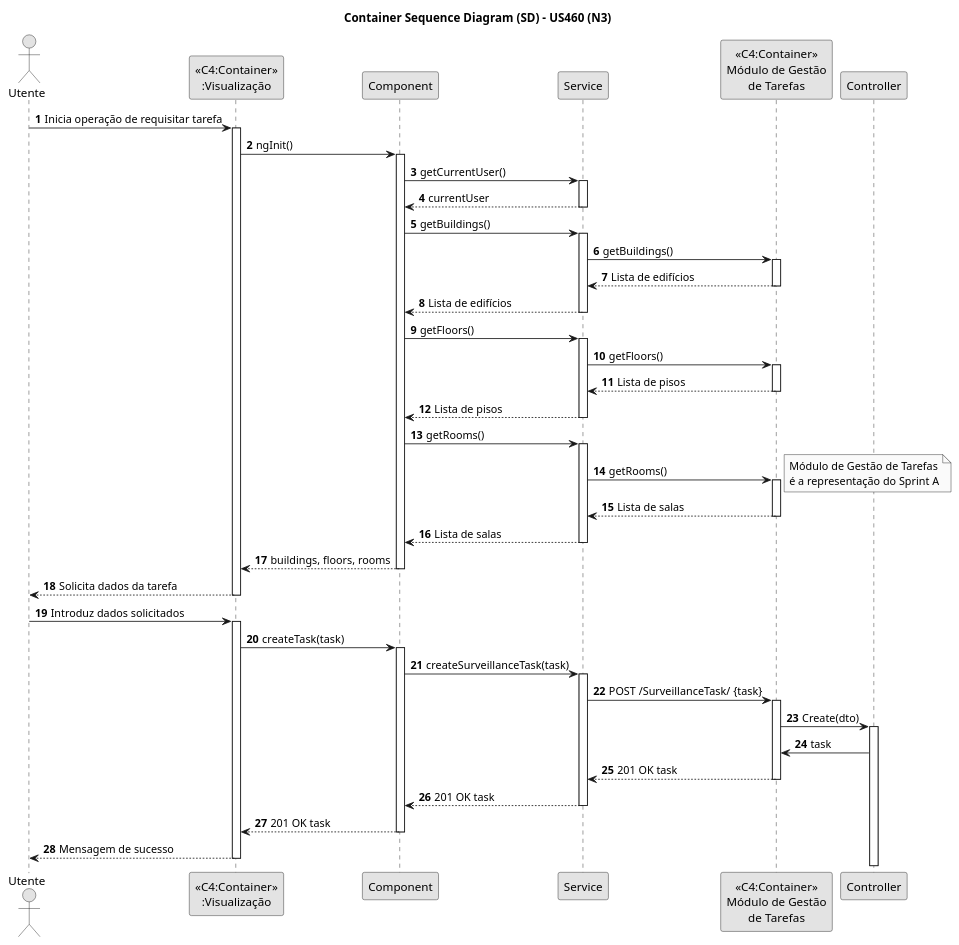
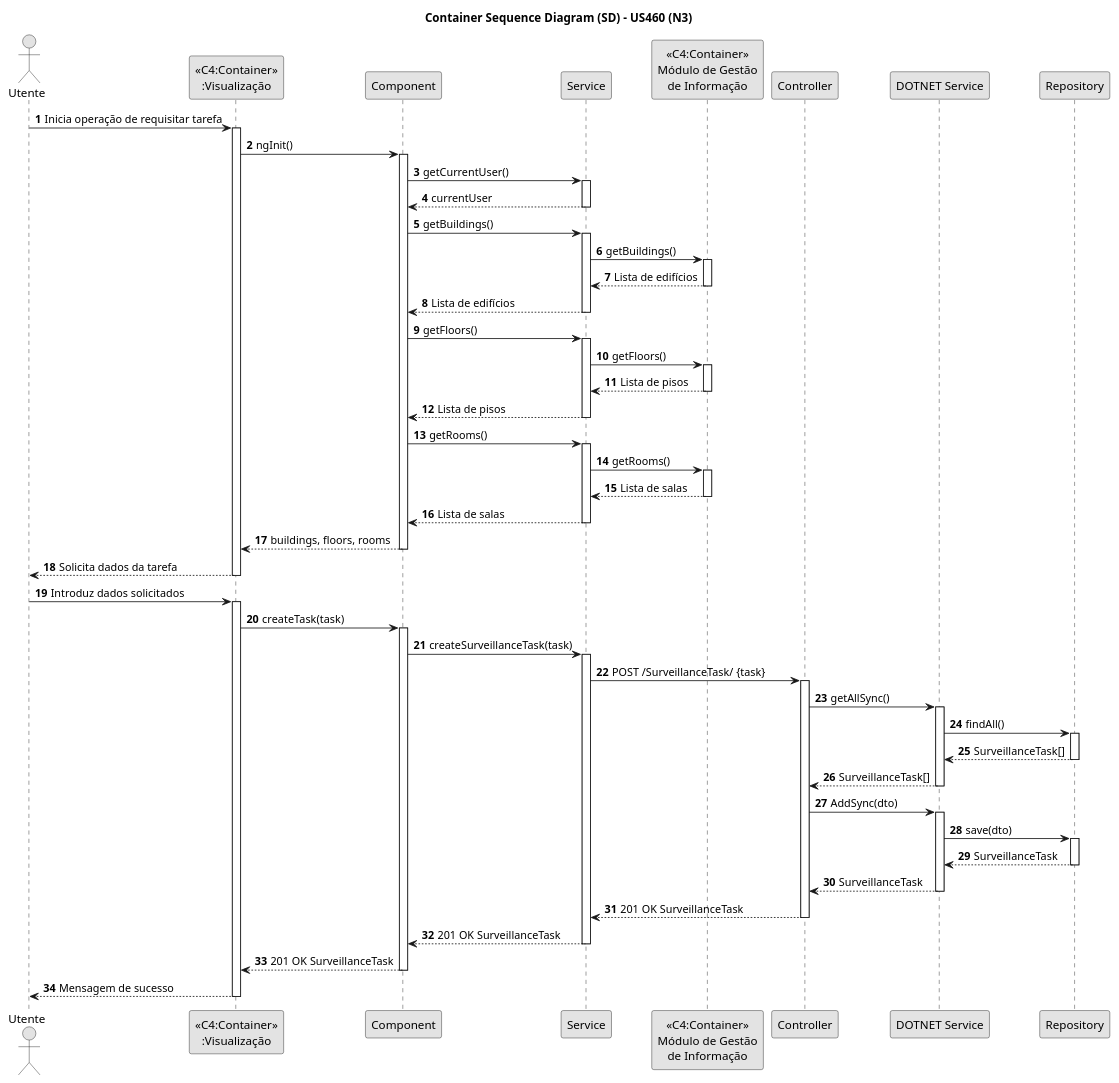
Before and after one commit to pedrocmesquita/RobDroneGo: the diagram in docs/SprintC/us460/SD-N3-US460.puml, drawn with PlantUML.

Commit message:
SEM5-67 | Level 3 View Update

```diff
--- a/docs/SprintC/us460/SD-N3-US460.puml
+++ b/docs/SprintC/us460/SD-N3-US460.puml
@@ -1,74 +1,87 @@
 @startuml
 skinparam monochrome true
 skinparam packageStyle rectangle
 skinparam shadowing false
 
 title Container Sequence Diagram (SD) - US460 (N3)
 
 autonumber
 
 actor "Utente"
 
 "Utente" -> "<<C4:Container>>\n:Visualização": Inicia operação de requisitar tarefa
 activate "<<C4:Container>>\n:Visualização"
 "<<C4:Container>>\n:Visualização" -> Component: ngInit()
 activate Component
 Component -> Service: getCurrentUser()
 activate Service
 Service --> Component : currentUser
 deactivate Service
 Component -> Service: getBuildings()
 activate Service
-Service -> "<<C4:Container>>\nMódulo de Gestão\nde Tarefas" : getBuildings()
-activate "<<C4:Container>>\nMódulo de Gestão\nde Tarefas"
-"<<C4:Container>>\nMódulo de Gestão\nde Tarefas" --> Service : Lista de edifícios
-deactivate "<<C4:Container>>\nMódulo de Gestão\nde Tarefas"
+Service -> "<<C4:Container>>\nMódulo de Gestão\nde Informação" : getBuildings()
+activate "<<C4:Container>>\nMódulo de Gestão\nde Informação"
+"<<C4:Container>>\nMódulo de Gestão\nde Informação" --> Service : Lista de edifícios
+deactivate "<<C4:Container>>\nMódulo de Gestão\nde Informação"
 Service --> Component : Lista de edifícios
 deactivate Service
 Component -> Service : getFloors()
 activate Service
-Service -> "<<C4:Container>>\nMódulo de Gestão\nde Tarefas" : getFloors()
-activate "<<C4:Container>>\nMódulo de Gestão\nde Tarefas"
-"<<C4:Container>>\nMódulo de Gestão\nde Tarefas" --> Service : Lista de pisos
-deactivate "<<C4:Container>>\nMódulo de Gestão\nde Tarefas"
+Service -> "<<C4:Container>>\nMódulo de Gestão\nde Informação" : getFloors()
+activate "<<C4:Container>>\nMódulo de Gestão\nde Informação"
+"<<C4:Container>>\nMódulo de Gestão\nde Informação" --> Service : Lista de pisos
+deactivate "<<C4:Container>>\nMódulo de Gestão\nde Informação"
 Service --> Component : Lista de pisos
 deactivate Service
 Component -> Service : getRooms()
 activate Service
 
-Service -> "<<C4:Container>>\nMódulo de Gestão\nde Tarefas" : getRooms()
-activate "<<C4:Container>>\nMódulo de Gestão\nde Tarefas"
+Service -> "<<C4:Container>>\nMódulo de Gestão\nde Informação" : getRooms()
+activate "<<C4:Container>>\nMódulo de Gestão\nde Informação"
 
-note right: Módulo de Gestão de Tarefas\né a representação do Sprint A
-"<<C4:Container>>\nMódulo de Gestão\nde Tarefas" --> Service: Lista de salas
-deactivate "<<C4:Container>>\nMódulo de Gestão\nde Tarefas"
+"<<C4:Container>>\nMódulo de Gestão\nde Informação" --> Service: Lista de salas
+deactivate "<<C4:Container>>\nMódulo de Gestão\nde Informação"
 Service --> Component: Lista de salas
 deactivate Service
 Component --> "<<C4:Container>>\n:Visualização" : buildings, floors, rooms
 deactivate Component
 
 "<<C4:Container>>\n:Visualização" --> "Utente": Solicita dados da tarefa
 deactivate "<<C4:Container>>\n:Visualização"
 
 "Utente" -> "<<C4:Container>>\n:Visualização": Introduz dados solicitados
 activate "<<C4:Container>>\n:Visualização"
 "<<C4:Container>>\n:Visualização" -> Component : createTask(task)
 activate Component
 Component -> Service : createSurveillanceTask(task)
 activate Service
-Service -> "<<C4:Container>>\nMódulo de Gestão\nde Tarefas" : POST /SurveillanceTask/ {task}
-activate "<<C4:Container>>\nMódulo de Gestão\nde Tarefas"
-"<<C4:Container>>\nMódulo de Gestão\nde Tarefas" -> Controller: Create(dto)
+Service -> Controller : POST /SurveillanceTask/ {task}
 activate Controller
-Controller -> "<<C4:Container>>\nMódulo de Gestão\nde Tarefas": task
-"<<C4:Container>>\nMódulo de Gestão\nde Tarefas" --> Service: 201 OK task
-deactivate "<<C4:Container>>\nMódulo de Gestão\nde Tarefas"
-Service --> Component: 201 OK task
+Controller -> "DOTNET Service": getAllSync()
+activate "DOTNET Service"
+"DOTNET Service" -> Repository: findAll()
+activate Repository
+Repository --> "DOTNET Service": SurveillanceTask[]
+deactivate Repository
+"DOTNET Service" --> Controller: SurveillanceTask[]
+deactivate "DOTNET Service"
+Controller -> "DOTNET Service": AddSync(dto)
+activate "DOTNET Service"
+"DOTNET Service" -> Repository: save(dto)
+activate Repository
+Repository --> "DOTNET Service": SurveillanceTask
+deactivate Repository
+"DOTNET Service" --> Controller: SurveillanceTask
+deactivate "DOTNET Service"
+Controller --> Service: 201 OK SurveillanceTask
+deactivate Controller
+deactivate "<<C4:Container>>\nMódulo de Gestão\nde Informação"
+Service --> Component: 201 OK SurveillanceTask
 deactivate Service
-Component --> "<<C4:Container>>\n:Visualização" : 201 OK task
+Component --> "<<C4:Container>>\n:Visualização" : 201 OK SurveillanceTask
 deactivate Component
-deactivate "<<C4:Container>>\nMódulo de Gestão\nde Tarefas"
+deactivate "<<C4:Container>>\nMódulo de Gestão\nde Informação"
 "Utente" <-- "<<C4:Container>>\n:Visualização": Mensagem de sucesso
 deactivate "<<C4:Container>>\n:Visualização"
 
 @enduml
```
